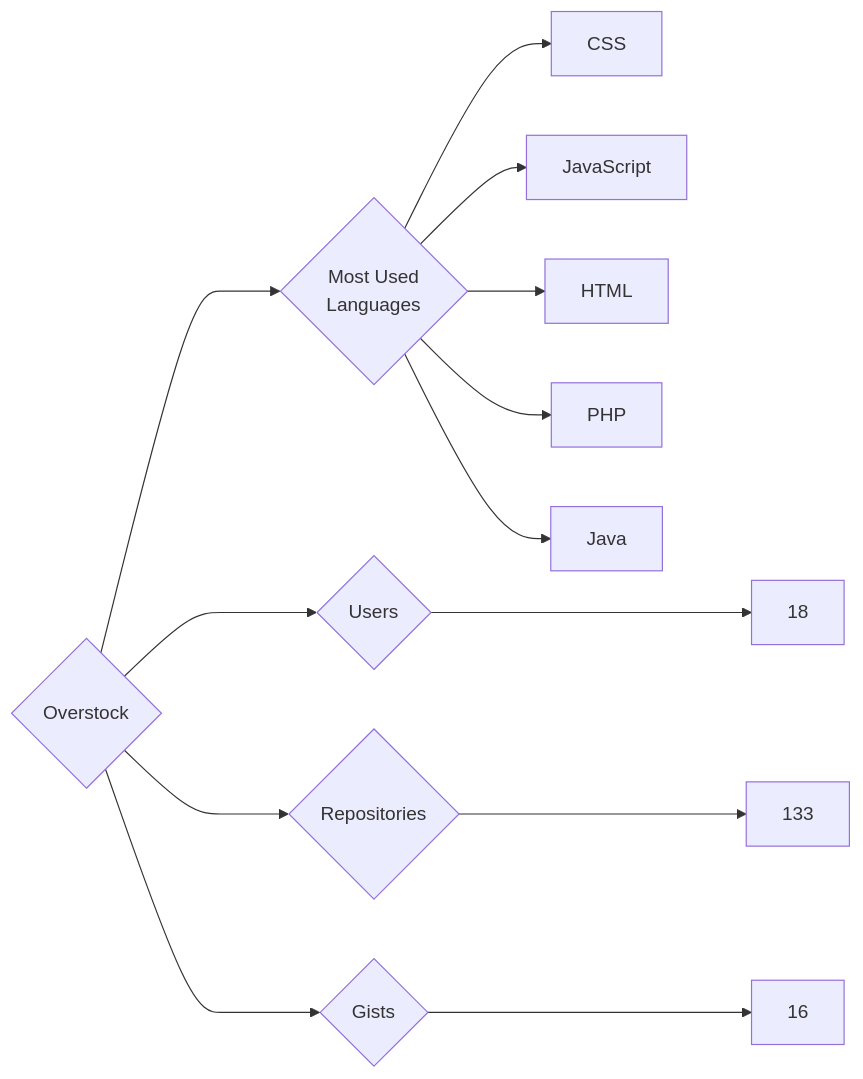
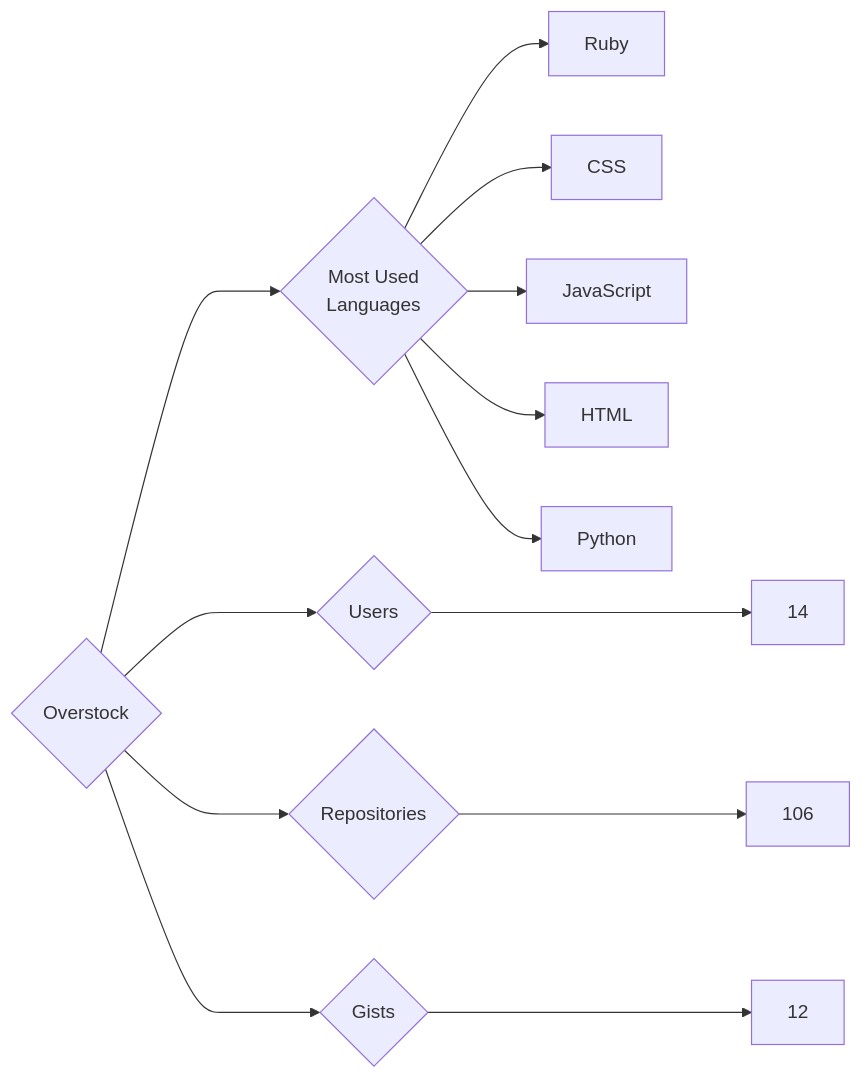
The diagram in targets/Overstock/README.md (trickest/insiders), drawn with Mermaid before and after one commit. The commit also changed 1011 other files, not shown here.

````diff
--- a/targets/Overstock/README.md
+++ b/targets/Overstock/README.md
@@ -3,13 +3,13 @@
 ```mermaid
 graph LR
 COMPANY_NAME{Overstock}
-COMPANY_NAME ---> U{Users} ---> UN[18]
-COMPANY_NAME ---> R{Repositories} ---> RN[133]
-COMPANY_NAME ---> G{Gists} ---> GN[16]
+COMPANY_NAME ---> U{Users} ---> UN[14]
+COMPANY_NAME ---> R{Repositories} ---> RN[106]
+COMPANY_NAME ---> G{Gists} ---> GN[12]
 COMPANY_NAME ---> ML{Most Used<br>Languages}
+ML --> Ruby[Ruby]
 ML --> CSS[CSS]
 ML --> JavaScript[JavaScript]
 ML --> HTML[HTML]
-ML --> PHP[PHP]
-ML --> Java[Java]
+ML --> Python[Python]
 ```
````
